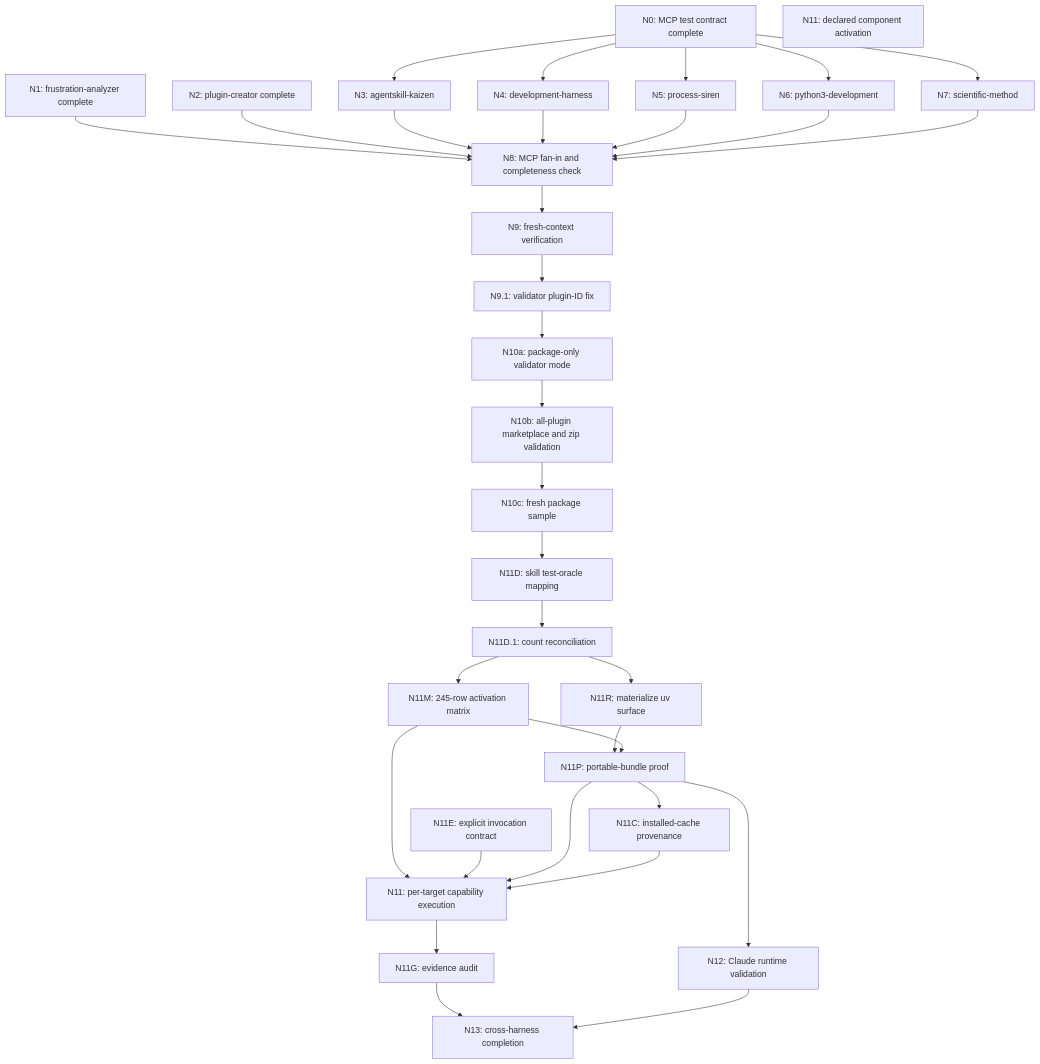
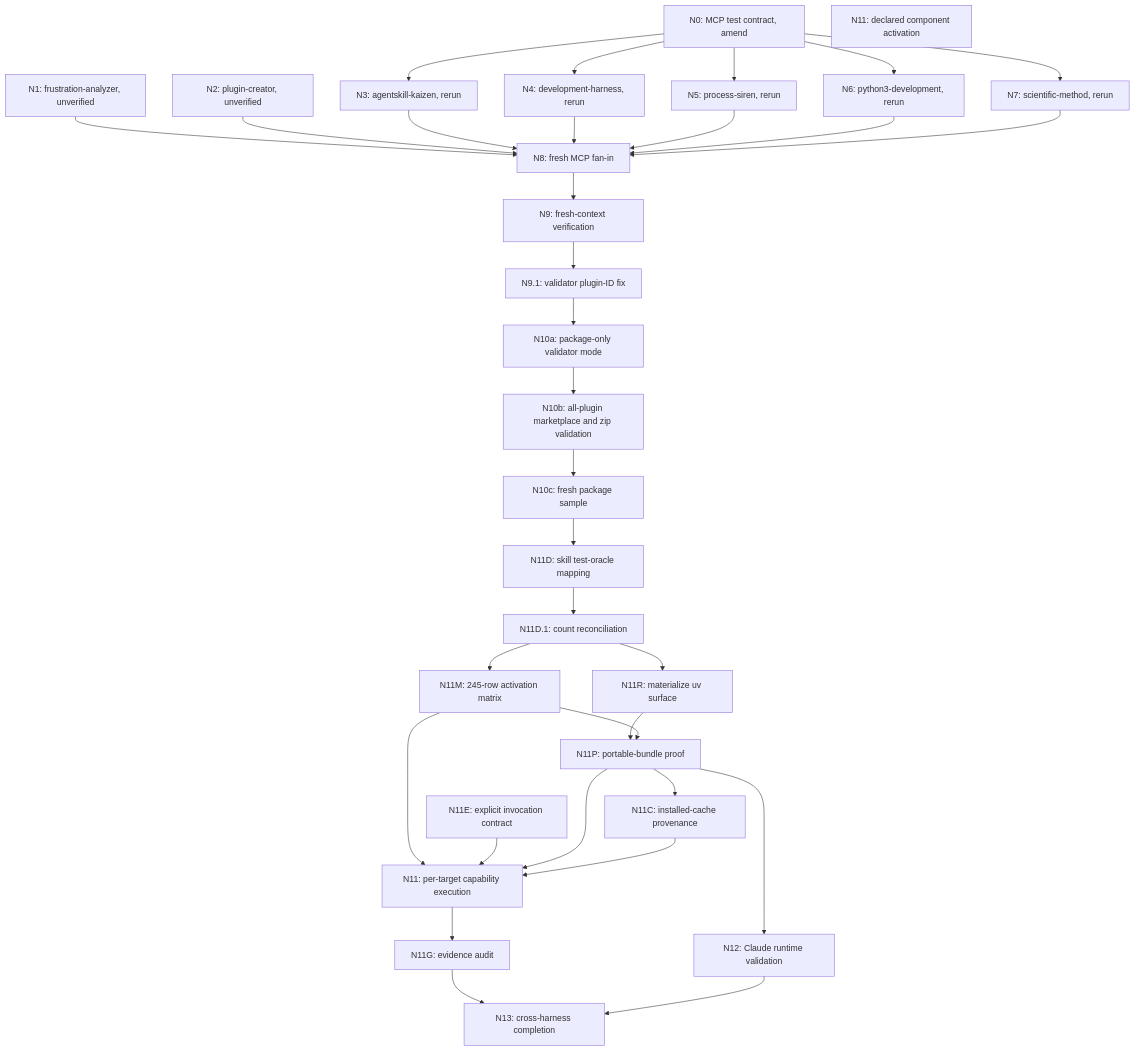
One commit to Jamie-BitFlight/claude_skills changed the diagram in plan/codex-plugin-enablement-validation-graph.md. Above: the diagram before and after it, drawn with Mermaid. The commit also changed other lines of this file and 1 other file, not shown here.

````diff
--- a/plan/codex-plugin-enablement-validation-graph.md
+++ b/plan/codex-plugin-enablement-validation-graph.md
@@ -46,53 +74,53 @@
 ```mermaid
 flowchart TD
-    N0[N0: MCP test contract complete]
-    N1[N1: frustration-analyzer complete]
-    N2[N2: plugin-creator complete]
-    N3[N3: agentskill-kaizen]
-    N4[N4: development-harness]
-    N5[N5: process-siren]
-    N6[N6: python3-development]
-    N7[N7: scientific-method]
-    N8[N8: MCP fan-in and completeness check]
+    N0[N0: MCP test contract, amend]
+    N1[N1: frustration-analyzer, unverified]
+    N2[N2: plugin-creator, unverified]
+    N3[N3: agentskill-kaizen, rerun]
+    N4[N4: development-harness, rerun]
+    N5[N5: process-siren, rerun]
+    N6[N6: python3-development, rerun]
+    N7[N7: scientific-method, rerun]
+    N8[N8: fresh MCP fan-in]
     N9[N9: fresh-context verification]
     N91[N9.1: validator plugin-ID fix]
     N10A[N10a: package-only validator mode]
     N10B[N10b: all-plugin marketplace and zip validation]
     N10C[N10c: fresh package sample]
     N11D[N11D: skill test-oracle mapping]
     N11[N11: declared component activation]
     N12[N12: Claude runtime validation, auth blocked]
 
     N0 --> N3
     N0 --> N4
     N0 --> N5
     N0 --> N6
     N0 --> N7
     N1 --> N8
     N2 --> N8
     N3 --> N8
     N4 --> N8
     N5 --> N8
     N6 --> N8
     N7 --> N8
     N8 --> N9
     N9 --> N91
     N91 --> N10A
     N10A --> N10B
     N10B --> N10C
     N10C --> N11D
     N11D --> N11D1[N11D.1: count reconciliation]
     N11D1 --> N11M[N11M: 245-row activation matrix]
     N11D1 --> N11R[N11R: materialize uv surface]
     N11R --> N11P[N11P: portable-bundle proof]
     N11M --> N11P
     N11P --> N11C[N11C: installed-cache provenance]
     N11M --> N11X[N11: per-target capability execution]
     N11E[N11E: explicit invocation contract] --> N11X
     N11P --> N11X
     N11C --> N11X
     N11X --> N11G[N11G: evidence audit]
     N11P --> N12[N12: Claude runtime validation]
     N11G --> N13[N13: cross-harness completion]
     N12 --> N13
 ```
````
